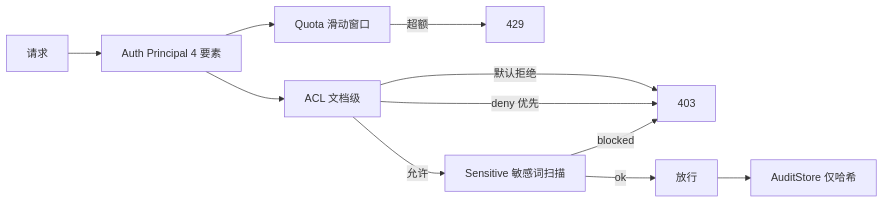
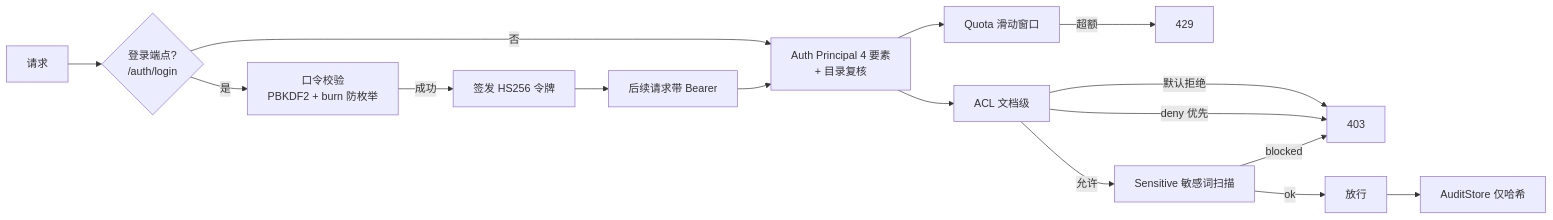
One commit to lzptouch/Kquery changed the tenth of 10 diagrams in doc/analysis/阶段架构.md. Above: the diagram before and after it, drawn with Mermaid. The commit also changed other lines of this file and 418 other files, not shown here.

````diff
--- a/doc/analysis/阶段架构.md
+++ b/doc/analysis/阶段架构.md
@@ -358,13 +360,18 @@
 ```mermaid
 flowchart LR
-    REQ[请求] --> AU[Auth Principal 4 要素]
+    REQ[请求] --> LG{登录端点?<br/>/auth/login}
+    LG -->|是| LOGIN[口令校验<br/>PBKDF2 + burn 防枚举]
+    LOGIN -->|成功| ISSUE[签发 HS256 令牌]
+    LG -->|否| AU[Auth Principal 4 要素<br/>+ 目录复核]
+    ISSUE --> NEXT[后续请求带 Bearer]
+    NEXT --> AU
     AU --> QU[Quota 滑动窗口]
     AU --> AC[ACL 文档级]
     QU -->|超额| R429[429]
     AC -->|默认拒绝| R403[403]
     AC -->|deny 优先| R403
     AC -->|允许| SS[Sensitive 敏感词扫描]
     SS -->|blocked| R403
     SS -->|ok| OK[放行]
     OK --> AU2[AuditStore 仅哈希]
 ```
````
